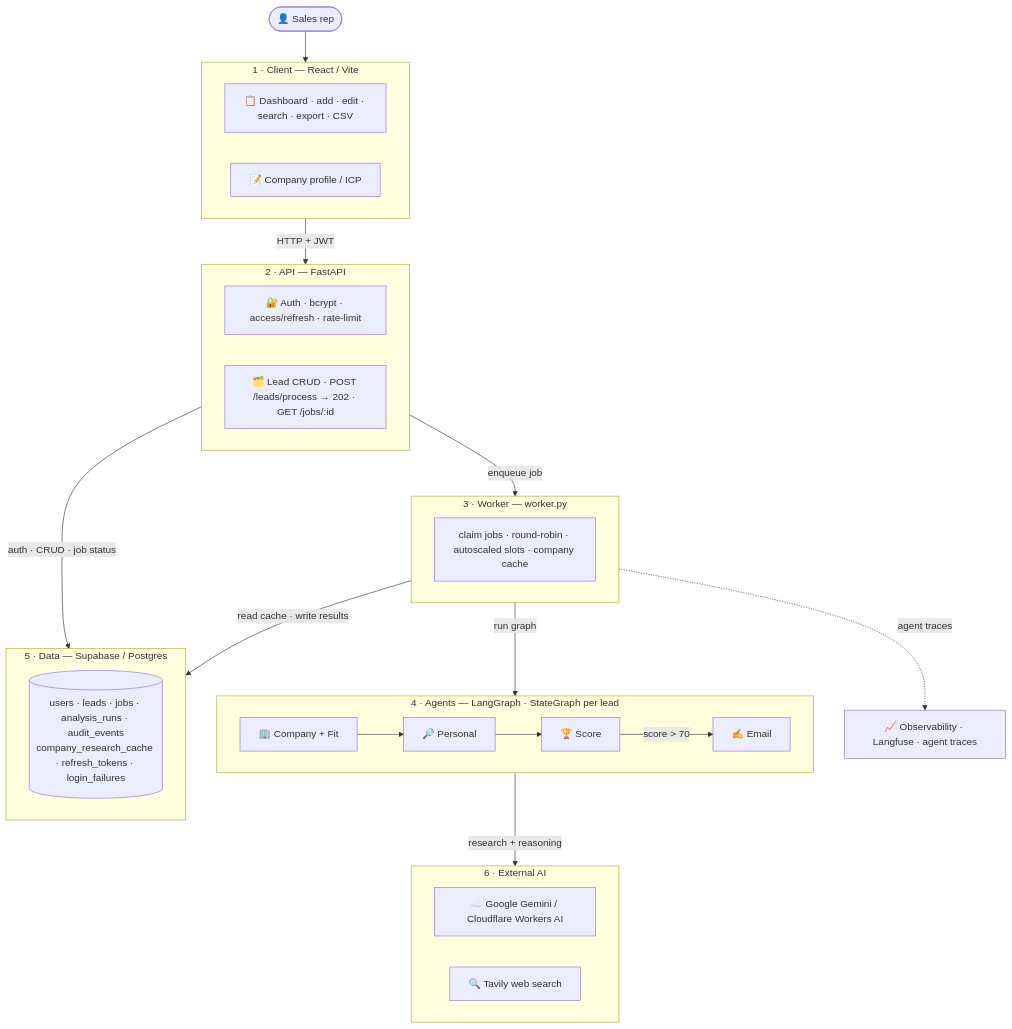
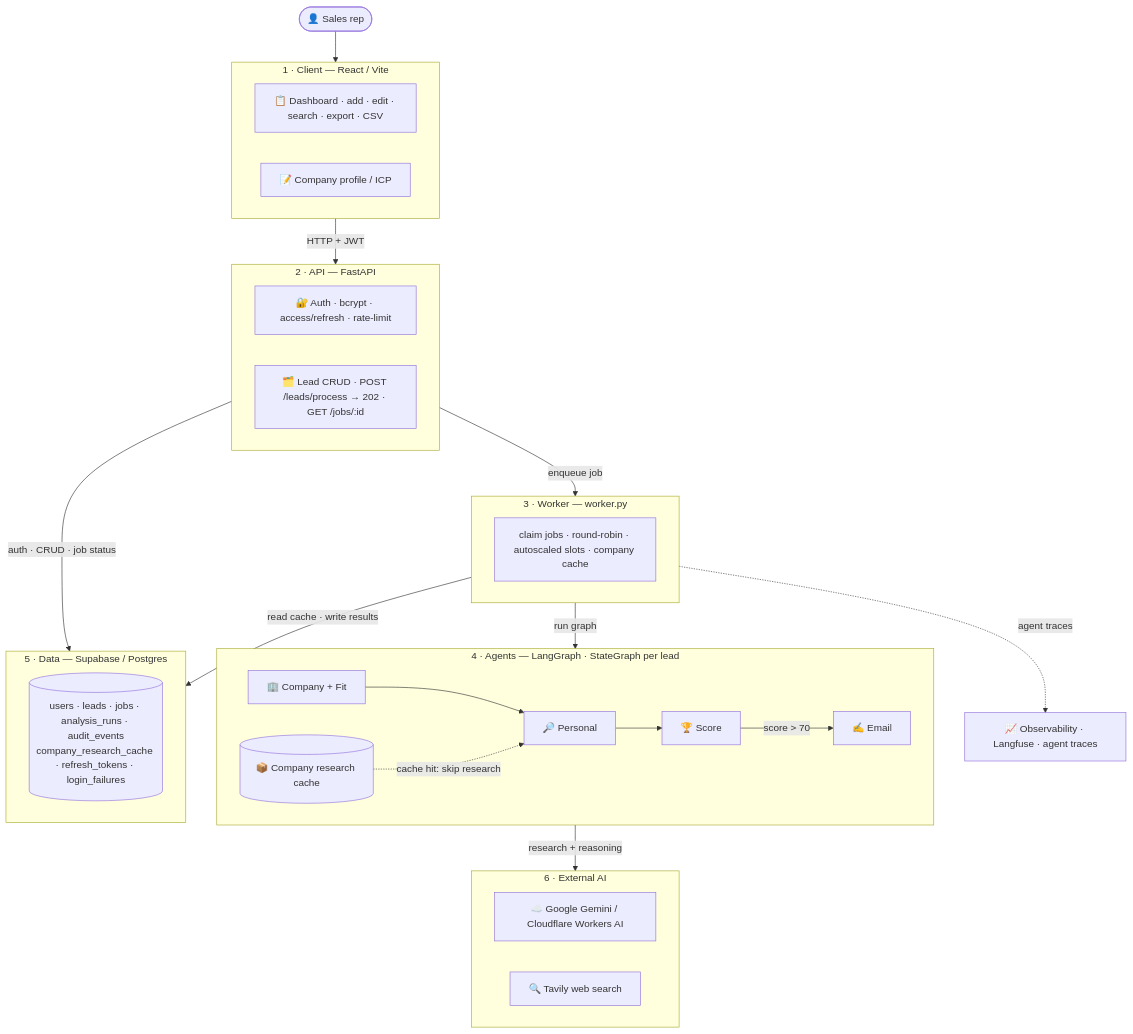
One commit to VIVPM/multi-crew-leads-dashboard changed the diagram in README.md. Above: the diagram before and after it, drawn with Mermaid.

Commit message:
Show the company cache skip in the architecture diagram

````diff
--- a/README.md
+++ b/README.md
@@ -23,45 +23,46 @@
 ```mermaid
 graph TD
     User(["👤 Sales rep"])
 
     subgraph CLIENT ["1 · Client — React / Vite"]
         UI["📋 Dashboard · add · edit · search · export · CSV"]
         ICP["📝 Company profile / ICP"]
     end
 
     subgraph APP ["2 · API — FastAPI"]
         Auth["🔐 Auth · bcrypt · access/refresh · rate-limit"]
         REST["🗂️ Lead CRUD · POST /leads/process → 202 · GET /jobs/:id"]
     end
 
     subgraph CTRL ["3 · Worker — worker.py"]
         Claim["claim jobs · round-robin · autoscaled slots · company cache"]
     end
 
     subgraph AI ["4 · Agents — LangGraph · StateGraph per lead"]
         direction LR
         A2["🏢 Company + Fit"] --> A1["🔎 Personal"] --> A3["🏆 Score"]
+        C[("📦 Company research cache")] -.->|cache hit: skip research| A1
         A3 -->|score > 70| E1["✍️ Email"]
     end
 
     subgraph DATA ["5 · Data — Supabase / Postgres"]
         Tbls[("users · leads · jobs · analysis_runs · audit_events
 company_research_cache · refresh_tokens · login_failures")]
     end
 
     subgraph EXT ["6 · External AI"]
         LLM["☁️ Google Gemini / Cloudflare Workers AI"]
         Tavily["🔍 Tavily web search"]
     end
 
     OBS["📈 Observability · Langfuse · agent traces"]
 
     User --> CLIENT
     CLIENT -->|HTTP + JWT| APP
     APP -->|auth · CRUD · job status| DATA
     APP -->|enqueue job| CTRL
     CTRL -->|run graph| AI
     AI -->|research + reasoning| EXT
     CTRL -->|read cache · write results| DATA
     CTRL -.->|agent traces| OBS
 ```
````
